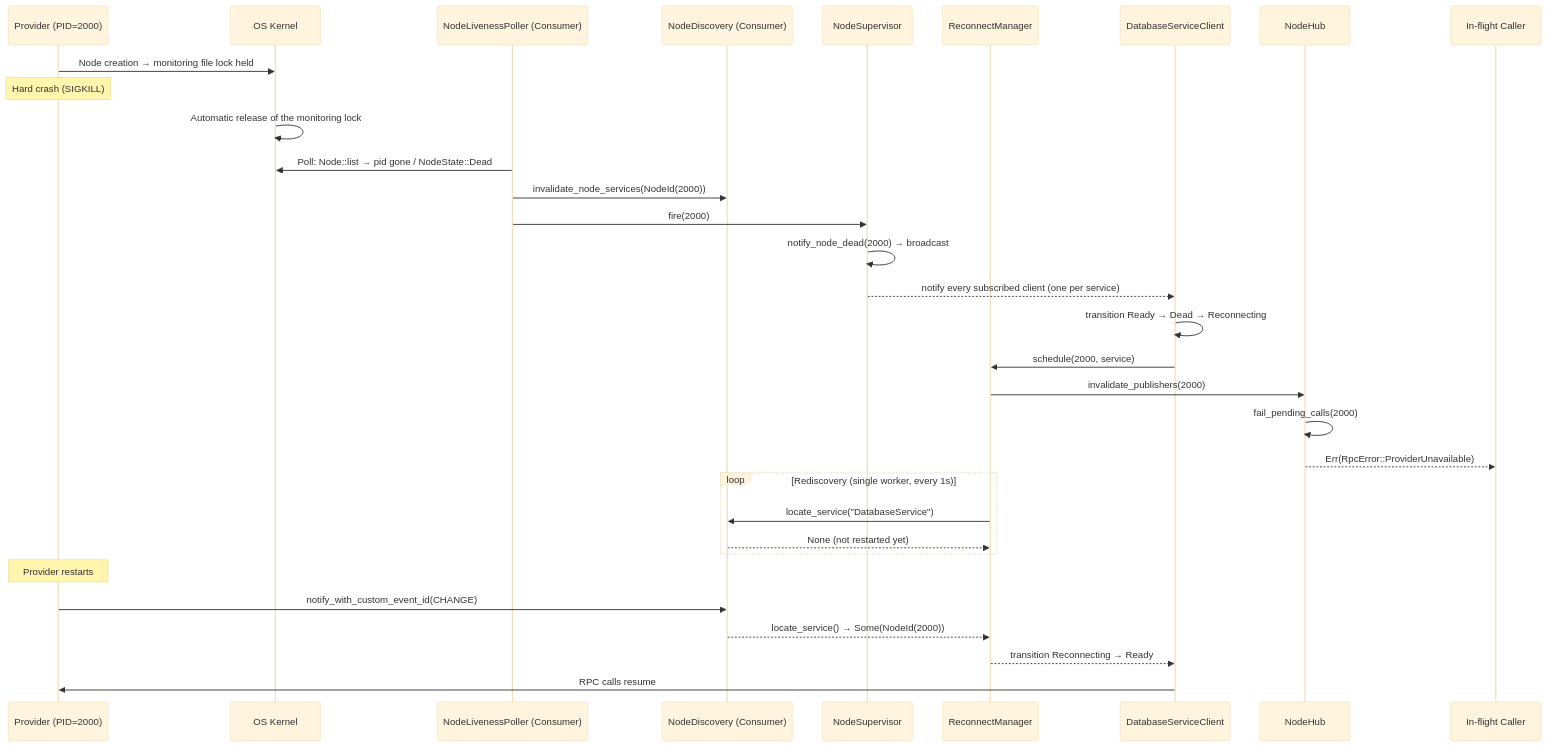
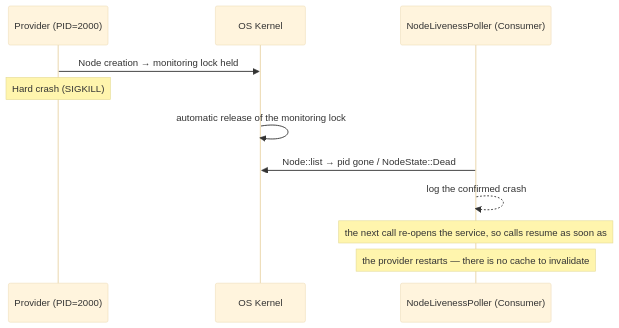
Before and after one commit to max3163/ice-rpc: the second of 2 diagrams in Readme.md, drawn with Mermaid (base theme). The commit also changed other lines of this file and 116 other files, not shown here.

````diff
--- a/Readme.md
+++ b/Readme.md
@@ -107,35 +48,14 @@
 ```mermaid
 sequenceDiagram
     participant P as Provider (PID=2000)
     participant Kernel as OS Kernel
     participant WL as NodeLivenessPoller (Consumer)
-    participant ND as NodeDiscovery (Consumer)
-    participant S as NodeSupervisor
-    participant RM as ReconnectManager
-    participant Client as DatabaseServiceClient
-    participant H as NodeHub
-    participant C as In-flight Caller
 
-    P->>Kernel: Node creation → monitoring file lock held
+    P->>Kernel: Node creation → monitoring lock held
     Note over P: Hard crash (SIGKILL)
-    Kernel->>Kernel: Automatic release of the monitoring lock
-    WL->>Kernel: Poll: Node::list → pid gone / NodeState::Dead
-    WL->>ND: invalidate_node_services(NodeId(2000))
-    WL->>S: fire(2000)
-    S->>S: notify_node_dead(2000) → broadcast
-    S-->>Client: notify every subscribed client (one per service)
-    Client->>Client: transition Ready → Dead → Reconnecting
-    Client->>RM: schedule(2000, service)
-    RM->>H: invalidate_publishers(2000)
-    H->>H: fail_pending_calls(2000)
-    H-->>C: Err(RpcError::ProviderUnavailable)
-    loop Rediscovery (single worker, every 1s)
-        RM->>ND: locate_service("DatabaseService")
-        ND-->>RM: None (not restarted yet)
-    end
-    Note over P: Provider restarts
-    P->>ND: notify_with_custom_event_id(CHANGE)
-    ND-->>RM: locate_service() → Some(NodeId(2000))
-    RM-->>Client: transition Reconnecting → Ready
-    Client->>P: RPC calls resume
+    Kernel->>Kernel: automatic release of the monitoring lock
+    WL->>Kernel: Node::list → pid gone / NodeState::Dead
+    WL-->>WL: log the confirmed crash
+    Note over WL: the next call re-opens the service, so calls resume as soon as
+    Note over WL: the provider restarts — there is no cache to invalidate
 ```
````
